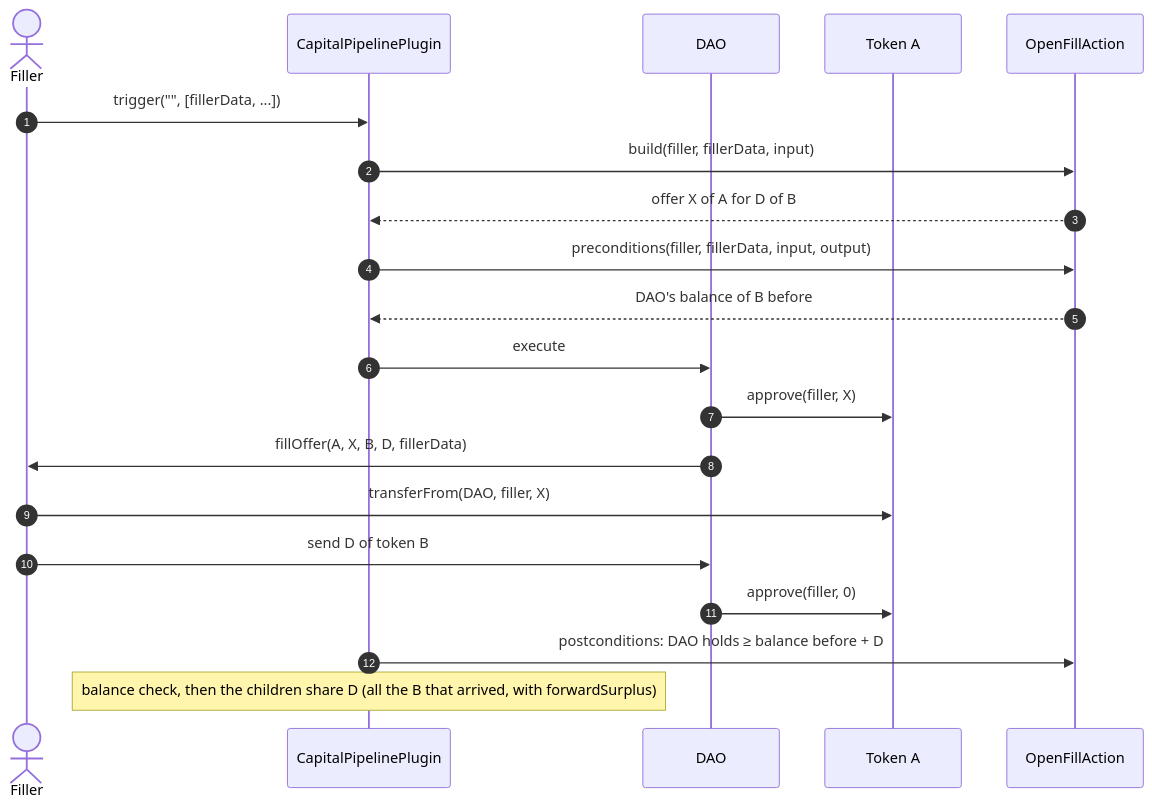
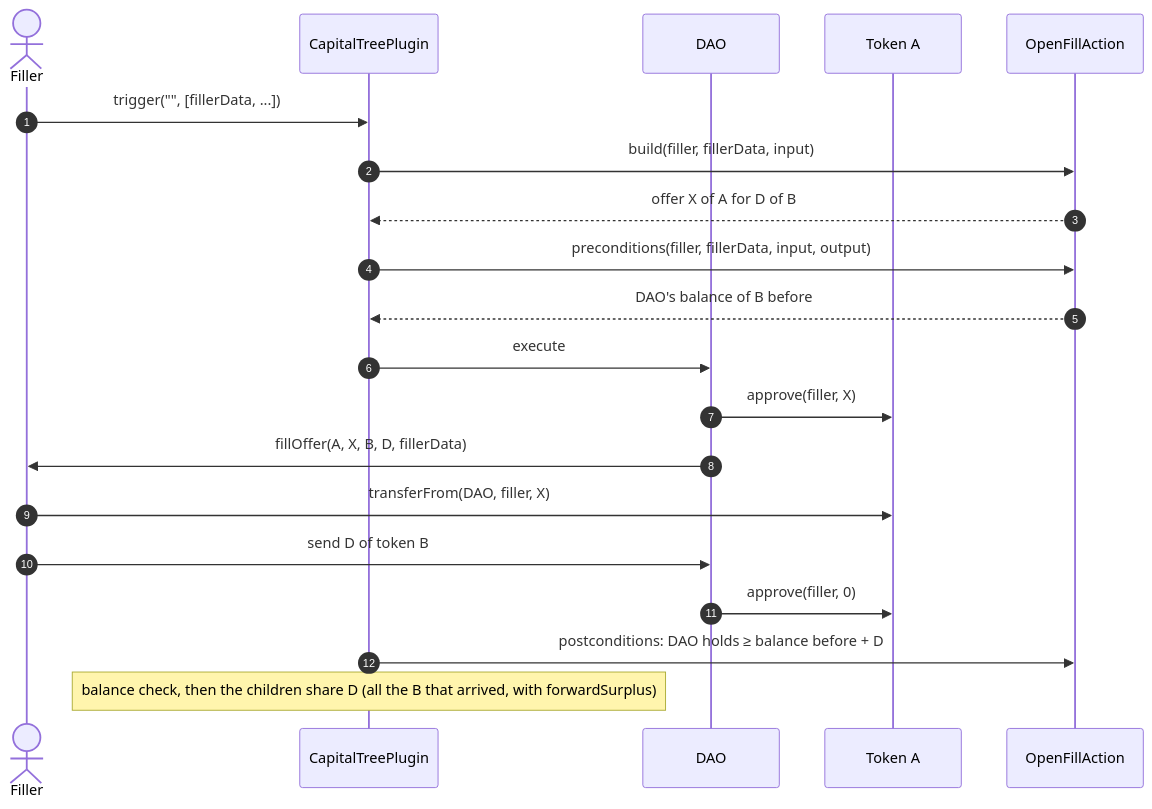
The fourth of 10 diagrams in README.md (antfarm-official/tree-capital), drawn with Mermaid before and after one commit. The commit also changed other lines of this file and 31 other files, not shown here.

First line of the commit message:
Rename CapitalPipelinePlugin to CapitalTreePlugin

````diff
--- a/README.md
+++ b/README.md
@@ -256,23 +256,23 @@
 ```mermaid
 sequenceDiagram
     autonumber
     actor Filler
-    participant Plugin as CapitalPipelinePlugin
+    participant Plugin as CapitalTreePlugin
     participant DAO
     participant TokenA as Token A
     participant Fill as OpenFillAction
 
     Filler->>Plugin: trigger("", [fillerData, ...])
     Plugin->>Fill: build(filler, fillerData, input)
     Fill-->>Plugin: offer X of A for D of B
     Plugin->>Fill: preconditions(filler, fillerData, input, output)
     Fill-->>Plugin: DAO's balance of B before
     Plugin->>DAO: execute
     DAO->>TokenA: approve(filler, X)
     DAO->>Filler: fillOffer(A, X, B, D, fillerData)
     Filler->>TokenA: transferFrom(DAO, filler, X)
     Filler->>DAO: send D of token B
     DAO->>TokenA: approve(filler, 0)
     Plugin->>Fill: postconditions: DAO holds ≥ balance before + D
     Note over Plugin: balance check, then the children share D (all the B that arrived, with forwardSurplus)
 ```
````
